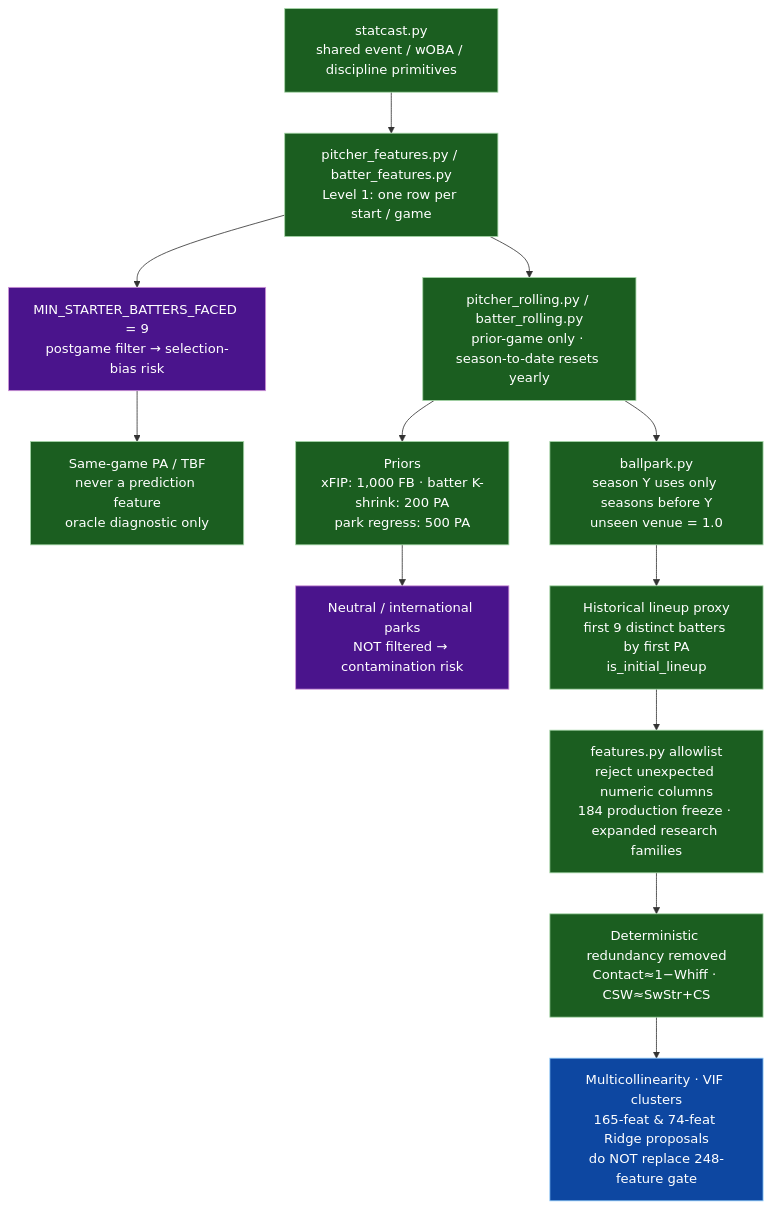
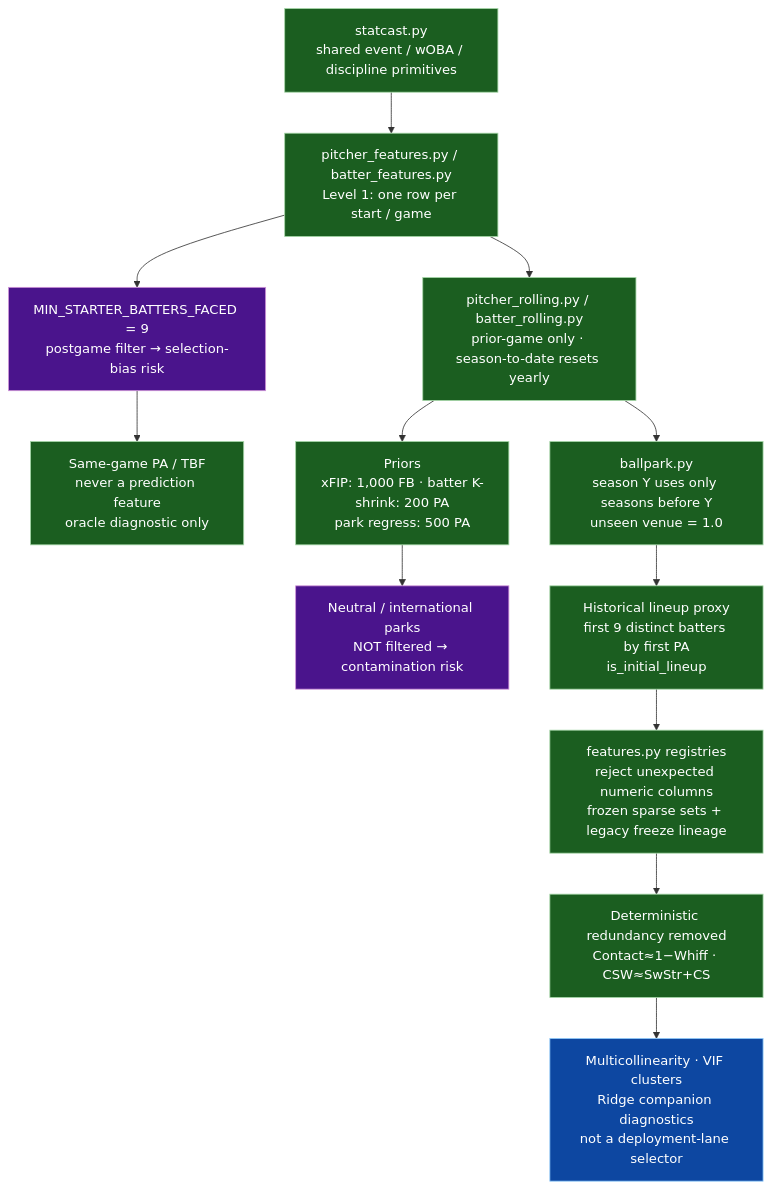
Before and after one commit to Cbkaplinger/MLB-Props: the diagram in docs/diagrams/02-leakage-and-risks.md, drawn with Mermaid. The commit also changed other lines of this file and 55 other files, not shown here.

````diff
--- a/docs/diagrams/02-leakage-and-risks.md
+++ b/docs/diagrams/02-leakage-and-risks.md
@@ -5,33 +9,33 @@
 ```mermaid
 flowchart TB
   classDef built fill:#1b5e20,stroke:#a5d6a7,color:#fff
   classDef partial fill:#e65100,stroke:#ffcc80,color:#fff
   classDef missing fill:#b71c1c,stroke:#ef9a9a,color:#fff
   classDef risk fill:#4a148c,stroke:#ce93d8,color:#fff
   classDef research fill:#0d47a1,stroke:#90caf9,color:#fff
 
   SC["statcast.py<br/>shared event / wOBA / discipline primitives"]:::built
   L1F["pitcher_features.py / batter_features.py<br/>Level 1: one row per start / game"]:::built
 
   FILT["MIN_STARTER_BATTERS_FACED = 9<br/>postgame filter → selection-bias risk"]:::risk
   TBF_RULE["Same-game PA / TBF<br/>never a prediction feature<br/>oracle diagnostic only"]:::built
 
   ROLL["pitcher_rolling.py / batter_rolling.py<br/>prior-game only · season-to-date resets yearly"]:::built
   PRIORS["Priors<br/>xFIP: 1,000 FB · batter K-shrink: 200 PA<br/>park regress: 500 PA"]:::built
   PARK_RISK["Neutral / international parks<br/>NOT filtered → contamination risk"]:::risk
 
   BP["ballpark.py<br/>season Y uses only seasons before Y<br/>unseen venue = 1.0"]:::built
   LINEUP["Historical lineup proxy<br/>first 9 distinct batters by first PA<br/>is_initial_lineup"]:::built
-  GATE["features.py allowlist<br/>reject unexpected numeric columns<br/>184 production freeze · expanded research families"]:::built
+  GATE["features.py registries<br/>reject unexpected numeric columns<br/>frozen sparse sets + legacy freeze lineage"]:::built
   DET["Deterministic redundancy removed<br/>Contact≈1−Whiff · CSW≈SwStr+CS"]:::built
-  VIF["Multicollinearity · VIF clusters<br/>165-feat & 74-feat Ridge proposals<br/>do NOT replace 248-feature gate"]:::research
+  VIF["Multicollinearity · VIF clusters<br/>Ridge companion diagnostics<br/>not a deployment-lane selector"]:::research
 
   SC --> L1F
   L1F --> FILT
   L1F --> ROLL
   FILT --> TBF_RULE
   ROLL --> PRIORS
   ROLL --> BP
   PRIORS --> PARK_RISK
   BP --> LINEUP --> GATE --> DET --> VIF
 ```
````
